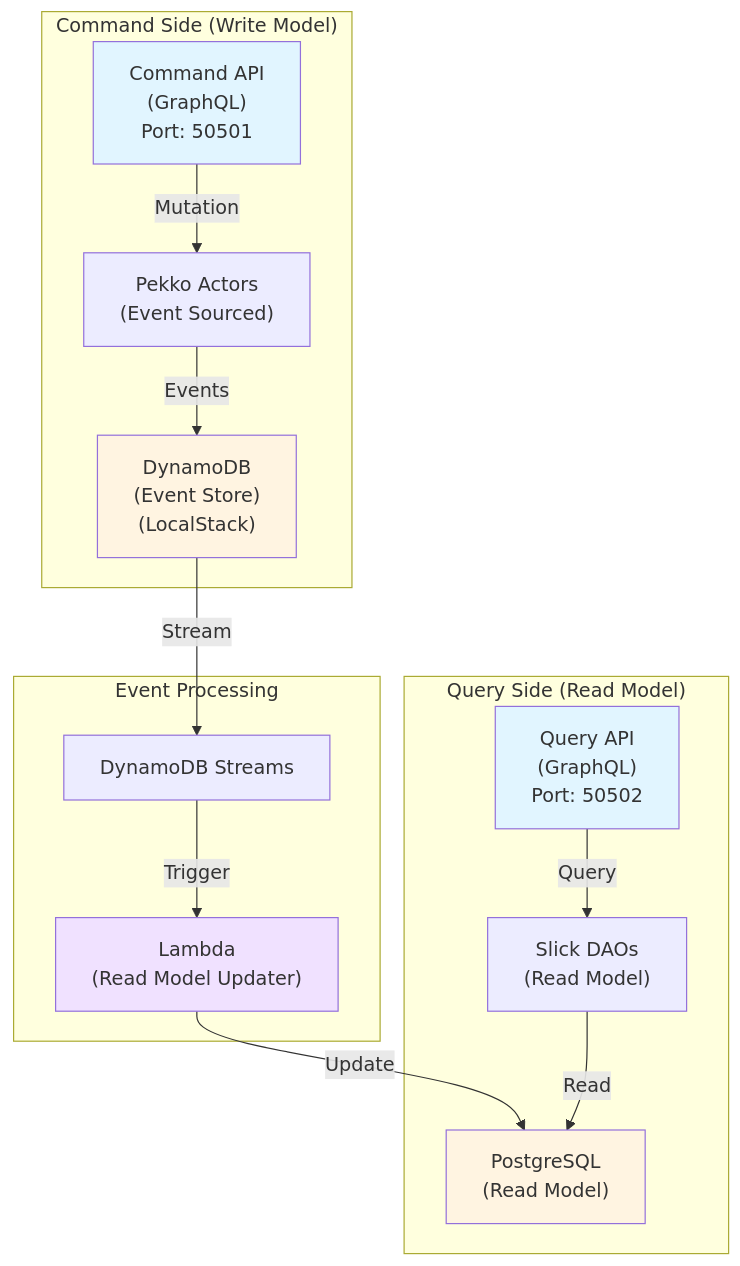
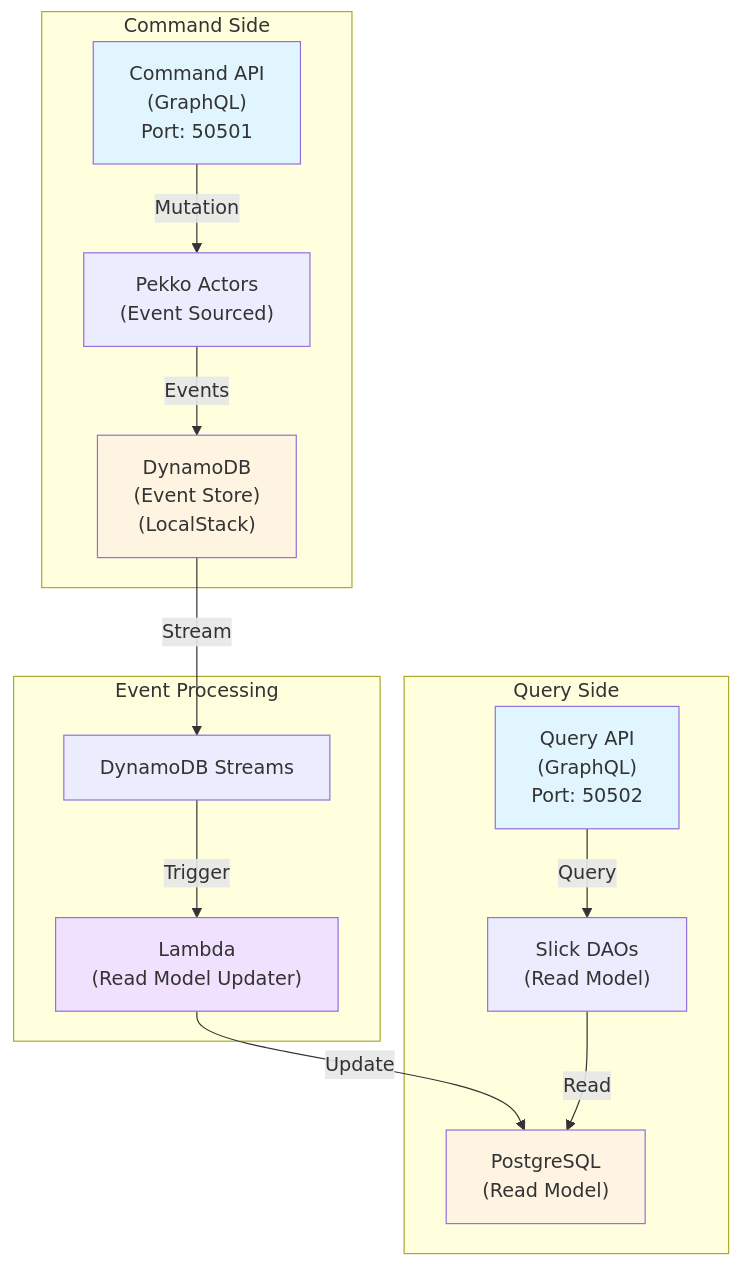
The diagram in README.md (k2works/pekko-cqrs-es-example), drawn with Mermaid before and after one commit.

````diff
--- a/README.md
+++ b/README.md
@@ -15,33 +15,33 @@
 ```mermaid
 graph TB
-    subgraph "Command Side (Write Model)"
+    subgraph "Command Side"
         CommandAPI["Command API<br/>(GraphQL)<br/>Port: 50501"]
         PekkoActors["Pekko Actors<br/>(Event Sourced)"]
         DynamoDB["DynamoDB<br/>(Event Store)<br/>(LocalStack)"]
     end
 
-    subgraph "Query Side (Read Model)"
+    subgraph "Query Side"
         QueryAPI["Query API<br/>(GraphQL)<br/>Port: 50502"]
         SlickDAOs["Slick DAOs<br/>(Read Model)"]
         PostgreSQL["PostgreSQL<br/>(Read Model)"]
     end
 
     subgraph "Event Processing"
         Lambda["Lambda<br/>(Read Model Updater)"]
         Streams["DynamoDB Streams"]
     end
 
     CommandAPI -->|Mutation| PekkoActors
     PekkoActors -->|Events| DynamoDB
     DynamoDB -->|Stream| Streams
     Streams -->|Trigger| Lambda
     Lambda -->|Update| PostgreSQL
     QueryAPI -->|Query| SlickDAOs
     SlickDAOs -->|Read| PostgreSQL
 
     style CommandAPI fill:#e1f5ff
     style QueryAPI fill:#e1f5ff
     style DynamoDB fill:#fff4e1
     style PostgreSQL fill:#fff4e1
     style Lambda fill:#f0e1ff
 ```
````
